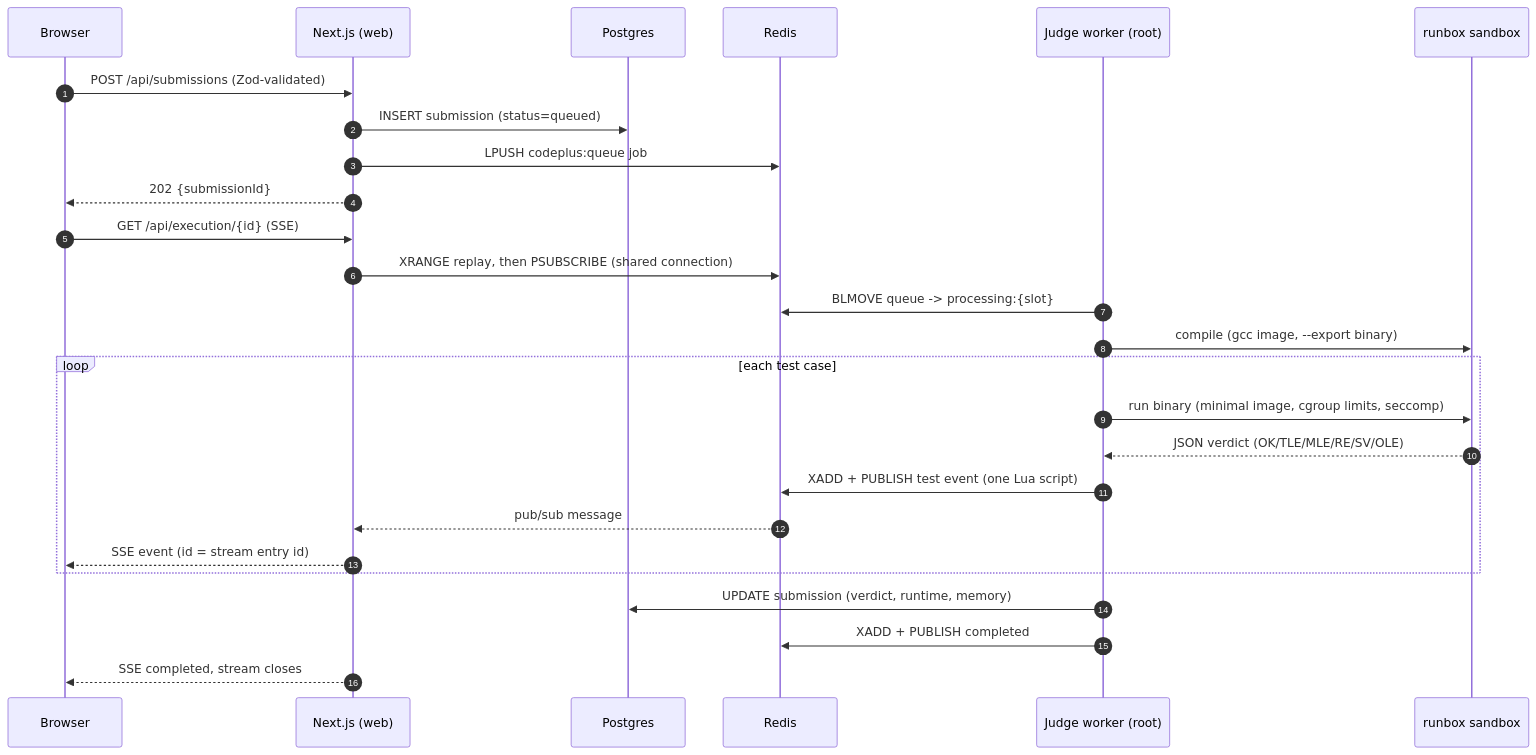
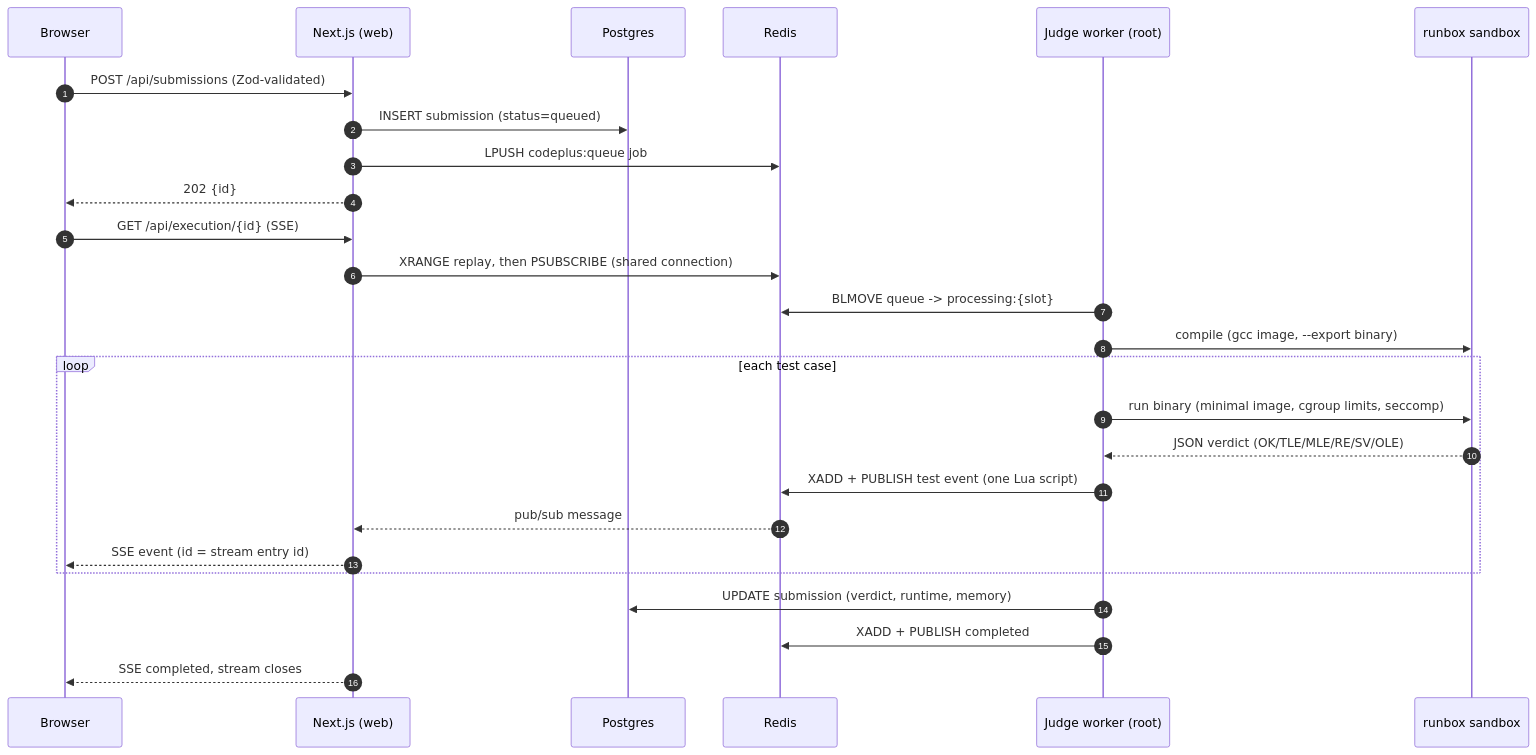
The diagram in docs/architecture.md (Rishicreates20/Runbox_22026), drawn with Mermaid before and after one commit. The commit also changed other lines of this file and 16 other files, not shown here.

````diff
--- a/docs/architecture.md
+++ b/docs/architecture.md
@@ -7,29 +7,29 @@
 ```mermaid
 sequenceDiagram
     autonumber
     participant B as Browser
     participant W as Next.js (web)
     participant P as Postgres
     participant R as Redis
     participant J as Judge worker (root)
     participant X as runbox sandbox
 
     B->>W: POST /api/submissions (Zod-validated)
     W->>P: INSERT submission (status=queued)
     W->>R: LPUSH codeplus:queue job
-    W-->>B: 202 {submissionId}
+    W-->>B: 202 {id}
     B->>W: GET /api/execution/{id} (SSE)
     W->>R: XRANGE replay, then PSUBSCRIBE (shared connection)
     J->>R: BLMOVE queue -> processing:{slot}
     J->>X: compile (gcc image, --export binary)
     loop each test case
         J->>X: run binary (minimal image, cgroup limits, seccomp)
         X-->>J: JSON verdict (OK/TLE/MLE/RE/SV/OLE)
         J->>R: XADD + PUBLISH test event (one Lua script)
         R-->>W: pub/sub message
         W-->>B: SSE event (id = stream entry id)
     end
     J->>P: UPDATE submission (verdict, runtime, memory)
     J->>R: XADD + PUBLISH completed
     W-->>B: SSE completed, stream closes
 ```
````
